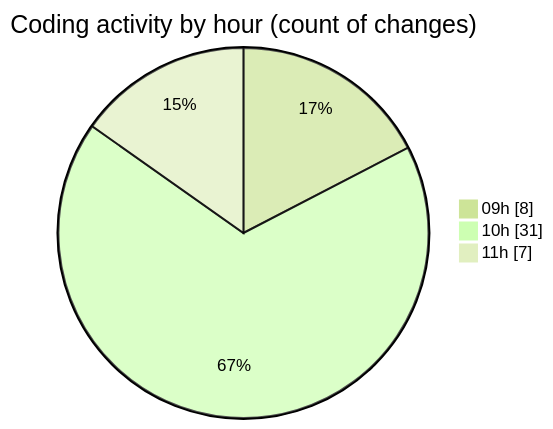
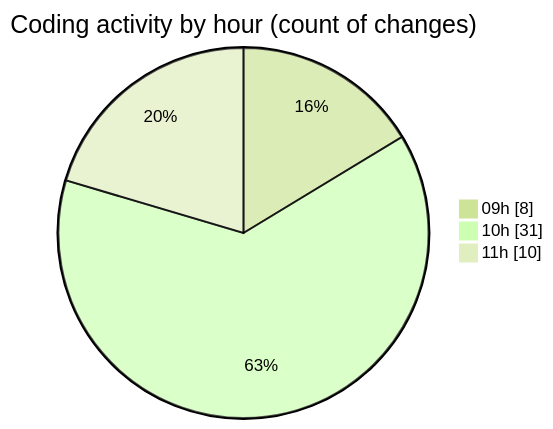
Before and after one commit to momahboobian/code-tracking: the second of 2 diagrams in 2025-06-12/cda/README.md, drawn with Mermaid (forest theme). The commit also changed other lines of this file and 1 other file, not shown here.

````diff
--- a/2025-06-12/cda/README.md
+++ b/2025-06-12/cda/README.md
@@ -29,7 +29,7 @@
 ```mermaid
 pie showData
 title Coding activity by hour (count of changes)
 "09h" : 8
 "10h" : 31
-"11h" : 7
+"11h" : 10
 ```
````
